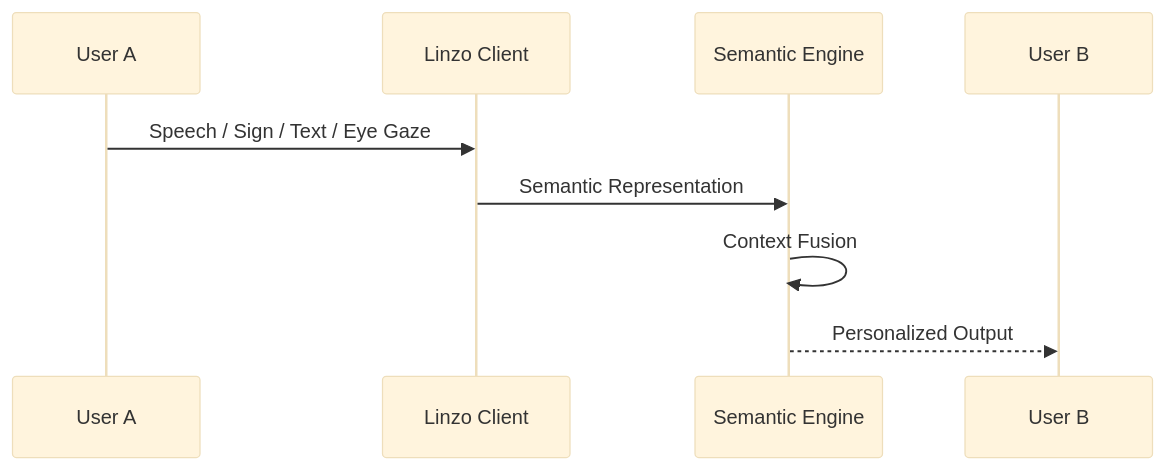
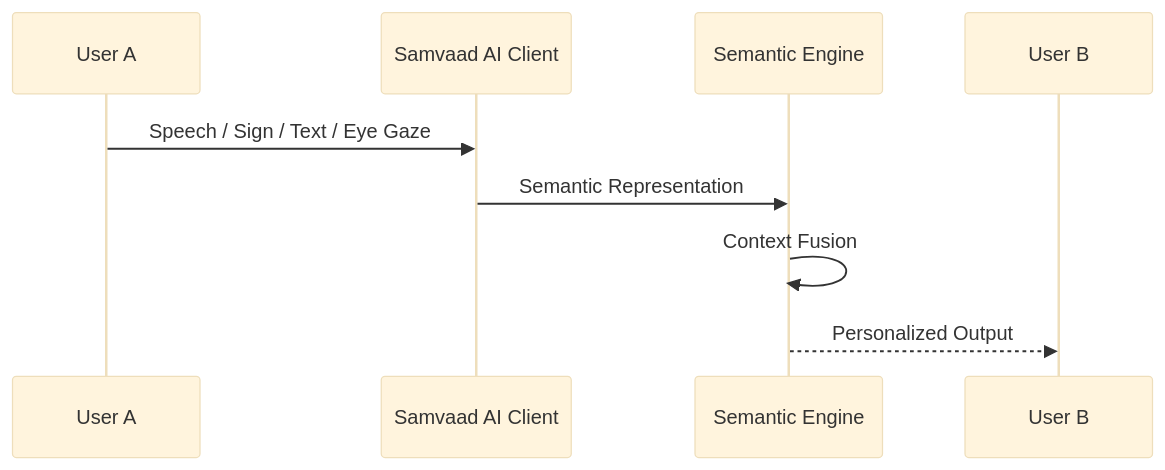
Before and after one commit to rahulsonkusare-26/KH133-Linzo: the first of 3 diagrams in README.md, drawn with Mermaid (base theme). The commit also changed other lines of this file and 25 other files, not shown here.

````diff
--- a/README.md
+++ b/README.md
@@ -2079,13 +2079,13 @@
 ```mermaid
 sequenceDiagram
 
 participant User A
-participant Linzo Client
+participant Samvaad AI Client
 participant Semantic Engine
 participant User B
 
-User A->>Linzo Client: Speech / Sign / Text / Eye Gaze
-Linzo Client->>Semantic Engine: Semantic Representation
+User A->>Samvaad AI Client: Speech / Sign / Text / Eye Gaze
+Samvaad AI Client->>Semantic Engine: Semantic Representation
 Semantic Engine->>Semantic Engine: Context Fusion
 Semantic Engine-->>User B: Personalized Output
 ```
````
